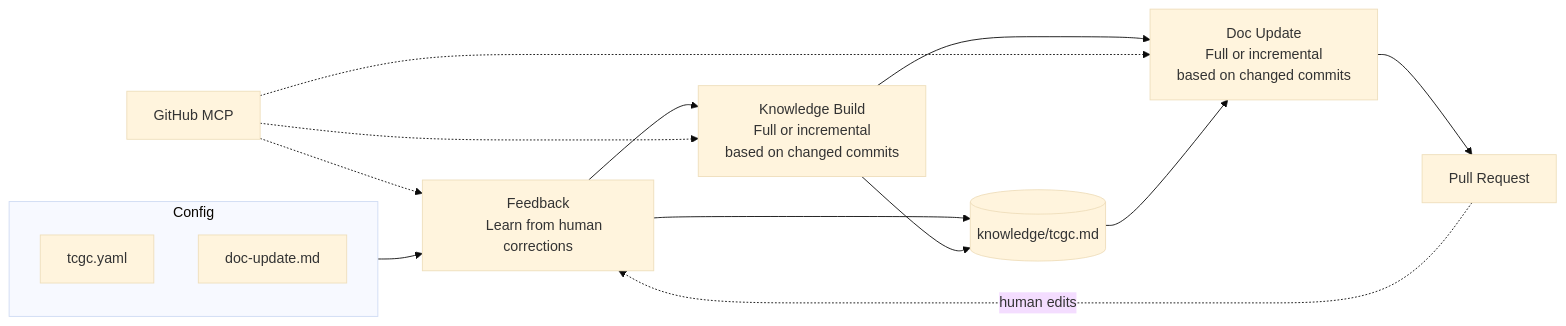
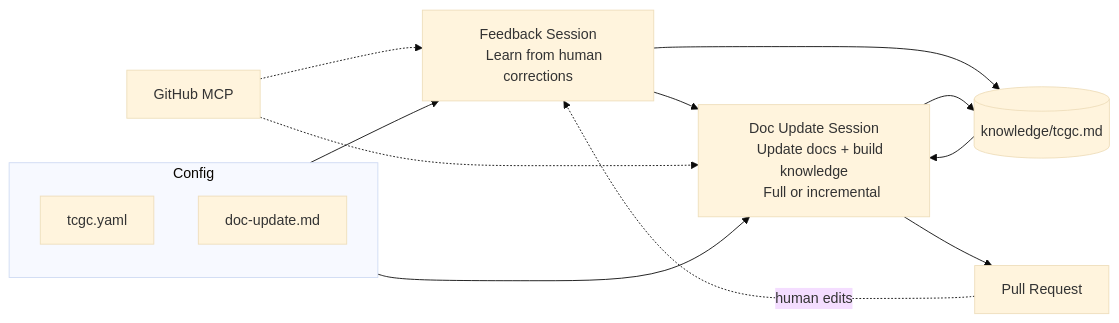
Before and after one commit to tadelesh/typespec-azure: the diagram in eng/scripts/doc-updater/flow.md, drawn with Mermaid (base theme). The commit also changed 1 other file, not shown here.

Commit message:
update flow and fix repo

````diff
--- a/eng/scripts/doc-updater/flow.md
+++ b/eng/scripts/doc-updater/flow.md
@@ -3,33 +3,30 @@
 ```mermaid
 flowchart LR
     subgraph Config
         YAML[tcgc.yaml]
         PROMPT[doc-update.md]
     end
 
     Config --> P0
+    Config --> P1
 
-    P0[Feedback
+    P0[Feedback Session
     Learn from human corrections]
-    P1[Knowledge Build
-    Full or incremental
-    based on changed commits]
-    P2[Doc Update
-    Full or incremental
-    based on changed commits]
+    P1[Doc Update Session
+    Update docs + build knowledge
+    Full or incremental]
 
-    P0 --> P1 --> P2
+    P0 --> P1
 
     KB[(knowledge/tcgc.md)]
     MCP[GitHub MCP]
     PR[Pull Request]
 
     MCP -.-> P0
     MCP -.-> P1
-    MCP -.-> P2
-    KB --> P2
     P0 --> KB
+    KB --> P1
     P1 --> KB
-    P2 --> PR
+    P1 --> PR
     PR -.->|human edits| P0
 ```
````
